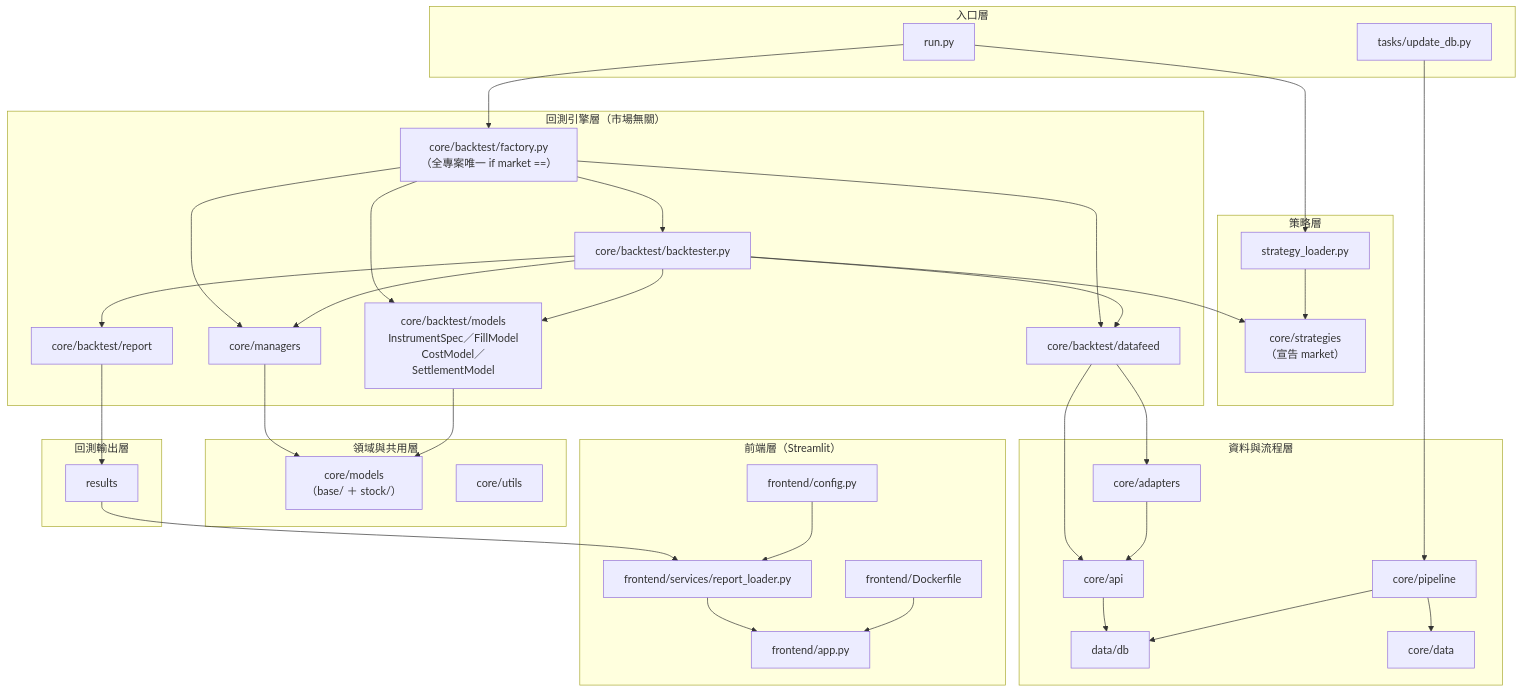
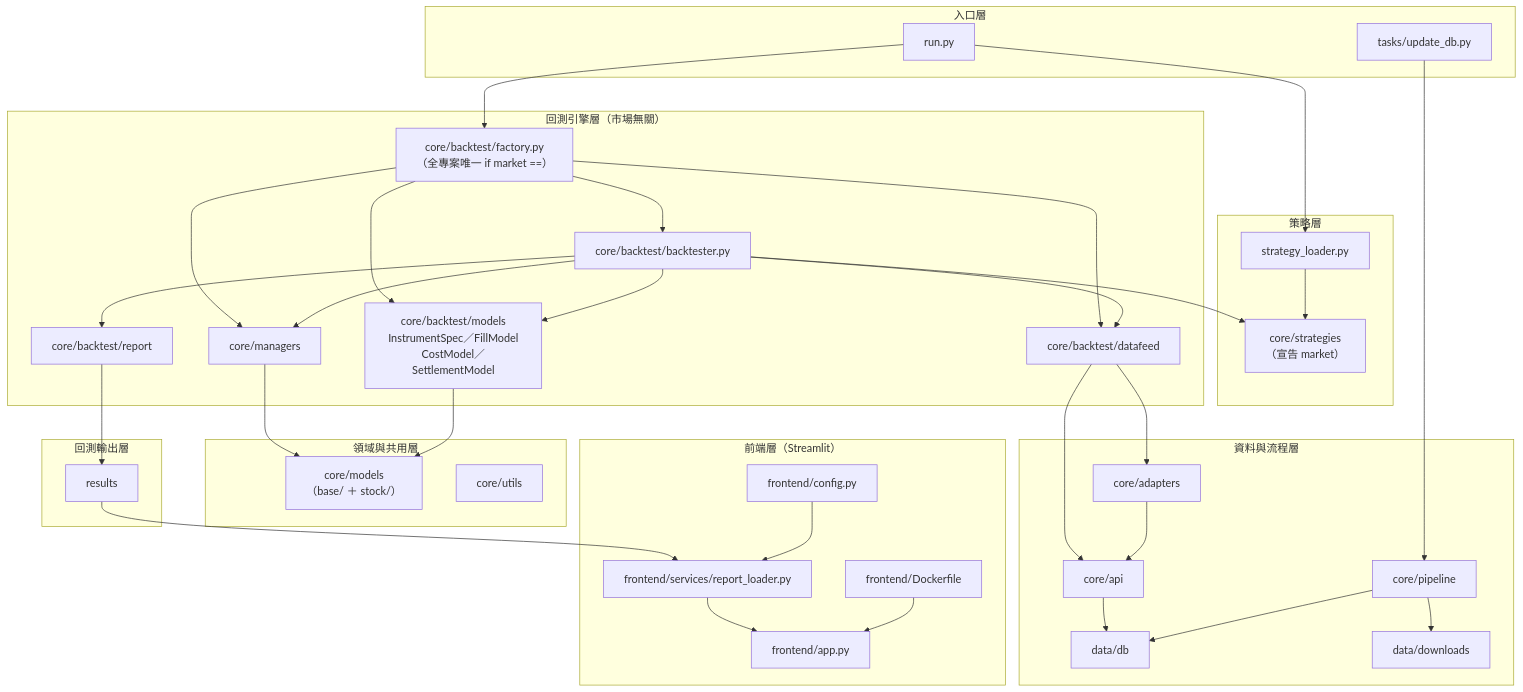
The diagram in README_zh.md (kuo220/AlphaEdge), drawn with Mermaid before and after one commit. The commit also changed other lines of this file and 22 other files, not shown here.

````diff
--- a/README_zh.md
+++ b/README_zh.md
@@ -9,72 +11,72 @@
 ```mermaid
 graph TB
     subgraph entry ["入口層"]
         RunPy["run.py"]
         Tasks["tasks/update_db.py"]
     end
 
     subgraph strategy_layer ["策略層"]
         Strategies["core/strategies<br/>（宣告 market）"]
         Loader["strategy_loader.py"]
     end
 
     subgraph engine_layer ["回測引擎層（市場無關）"]
         Factory["core/backtest/factory.py<br/>（全專案唯一 if market ==）"]
         Backtester["core/backtest/backtester.py"]
         BTModels["core/backtest/models<br/>InstrumentSpec／FillModel<br/>CostModel／SettlementModel"]
         Feed["core/backtest/datafeed"]
         Managers["core/managers"]
         Report["core/backtest/report"]
     end
 
     subgraph domain_layer ["領域與共用層"]
         Models["core/models<br/>（base/ ＋ stock/）"]
         Utils["core/utils"]
     end
 
     subgraph data_layer ["資料與流程層"]
         API["core/api"]
         Adapters["core/adapters"]
         Pipeline["core/pipeline"]
         DB["data/db"]
-        Data["core/data"]
+        Data["data/downloads"]
     end
 
     subgraph output_layer ["回測輸出層"]
         Results["results"]
     end
 
     subgraph frontend_layer ["前端層（Streamlit）"]
         FrontendApp["frontend/app.py"]
         FrontendService["frontend/services/report_loader.py"]
         FrontendConfig["frontend/config.py"]
         FrontendDocker["frontend/Dockerfile"]
     end
 
     RunPy --> Loader
     Loader --> Strategies
     RunPy --> Factory
     Factory --> Backtester
     Factory --> BTModels
     Factory --> Feed
     Factory --> Managers
     Backtester --> Strategies
     Backtester --> BTModels
     Backtester --> Feed
     Backtester --> Managers
     Backtester --> Report
     Managers --> Models
     BTModels --> Models
     Feed --> API
     Feed --> Adapters
     API --> DB
     Adapters --> API
     Tasks --> Pipeline
     Pipeline --> DB
     Pipeline --> Data
     Report --> Results
     Results --> FrontendService
     FrontendConfig --> FrontendService
     FrontendService --> FrontendApp
     FrontendDocker --> FrontendApp
 ```
````
